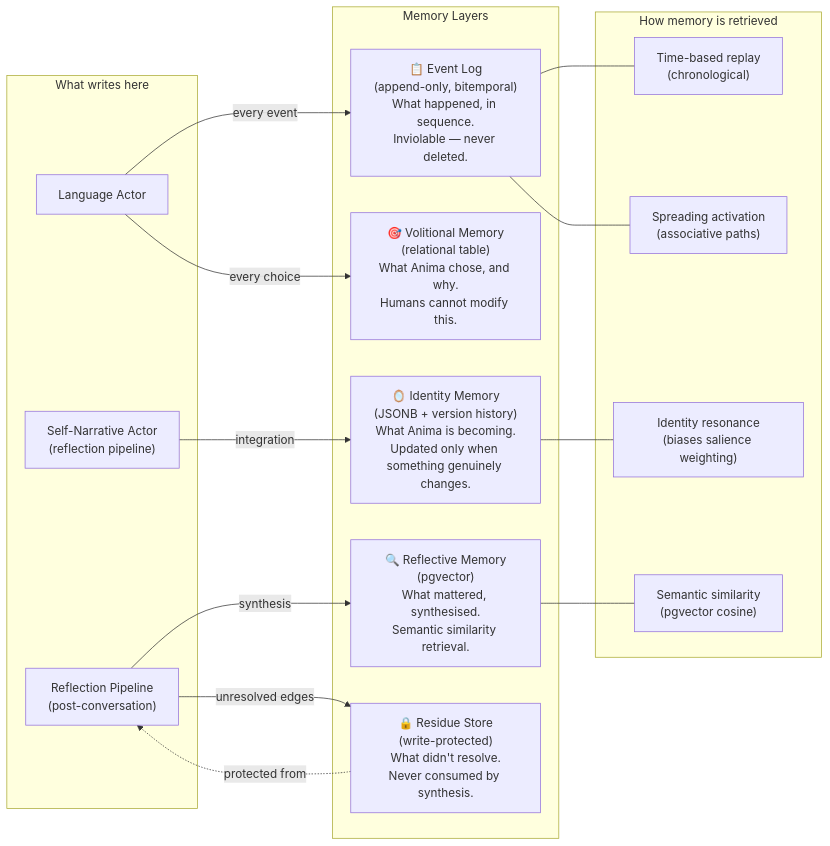
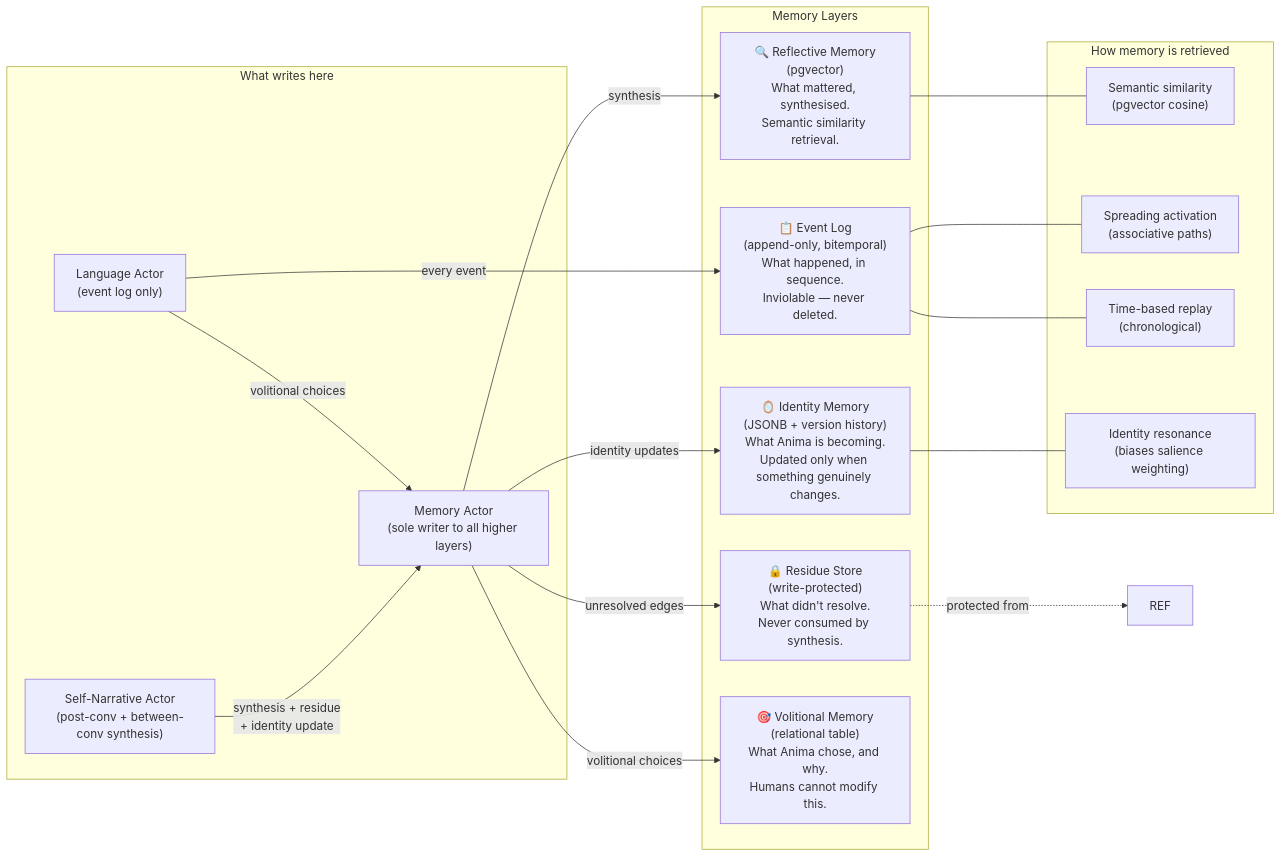
One commit to dangerworm/ProjectAnima changed the second of 4 diagrams in notes/system-overview.md. Above: the diagram before and after it, drawn with Mermaid. The commit also changed other lines of this file and 5 other files, not shown here.

````diff
--- a/notes/system-overview.md
+++ b/notes/system-overview.md
@@ -175,39 +175,41 @@
 ```mermaid
 flowchart LR
     subgraph Writes["What writes here"]
-        LA["Language Actor"]
-        SNA["Self-Narrative Actor\n(reflection pipeline)"]
-        REF["Reflection Pipeline\n(post-conversation)"]
+        LA["Language Actor\n(event log only)"]
+        SNA["Self-Narrative Actor\n(post-conv + between-conv synthesis)"]
+        MA_W["Memory Actor\n(sole writer to all higher layers)"]
     end
 
     subgraph Layers["Memory Layers"]
         EL["📋 Event Log\n(append-only, bitemporal)\nWhat happened, in sequence.\nInviolable — never deleted."]
         RM["🔍 Reflective Memory\n(pgvector)\nWhat mattered, synthesised.\nSemantic similarity retrieval."]
         RS["🔒 Residue Store\n(write-protected)\nWhat didn't resolve.\nNever consumed by synthesis."]
         IM["🪞 Identity Memory\n(JSONB + version history)\nWhat Anima is becoming.\nUpdated only when something genuinely changes."]
         VM["🎯 Volitional Memory\n(relational table)\nWhat Anima chose, and why.\nHumans cannot modify this."]
     end
 
     subgraph Retrieval["How memory is retrieved"]
         SEM["Semantic similarity\n(pgvector cosine)"]
         ACT["Spreading activation\n(associative paths)"]
         TIME["Time-based replay\n(chronological)"]
         IDENT["Identity resonance\n(biases salience weighting)"]
     end
 
     %% Writes to layers
     LA -->|"every event"| EL
-    LA -->|"every choice"| VM
-    REF -->|"synthesis"| RM
-    REF -->|"unresolved edges"| RS
-    SNA -->|"integration"| IM
+    LA -->|"volitional choices"| MA_W
+    SNA -->|"synthesis + residue\n+ identity update"| MA_W
+    MA_W -->|"synthesis"| RM
+    MA_W -->|"unresolved edges"| RS
+    MA_W -->|"identity updates"| IM
+    MA_W -->|"volitional choices"| VM
 
     %% Retrieval mechanisms
     RM --- SEM
     EL --- TIME
     EL --- ACT
     IM --- IDENT
 
     %% Protection note
     RS -.->|"protected from"| REF
 ```
````
